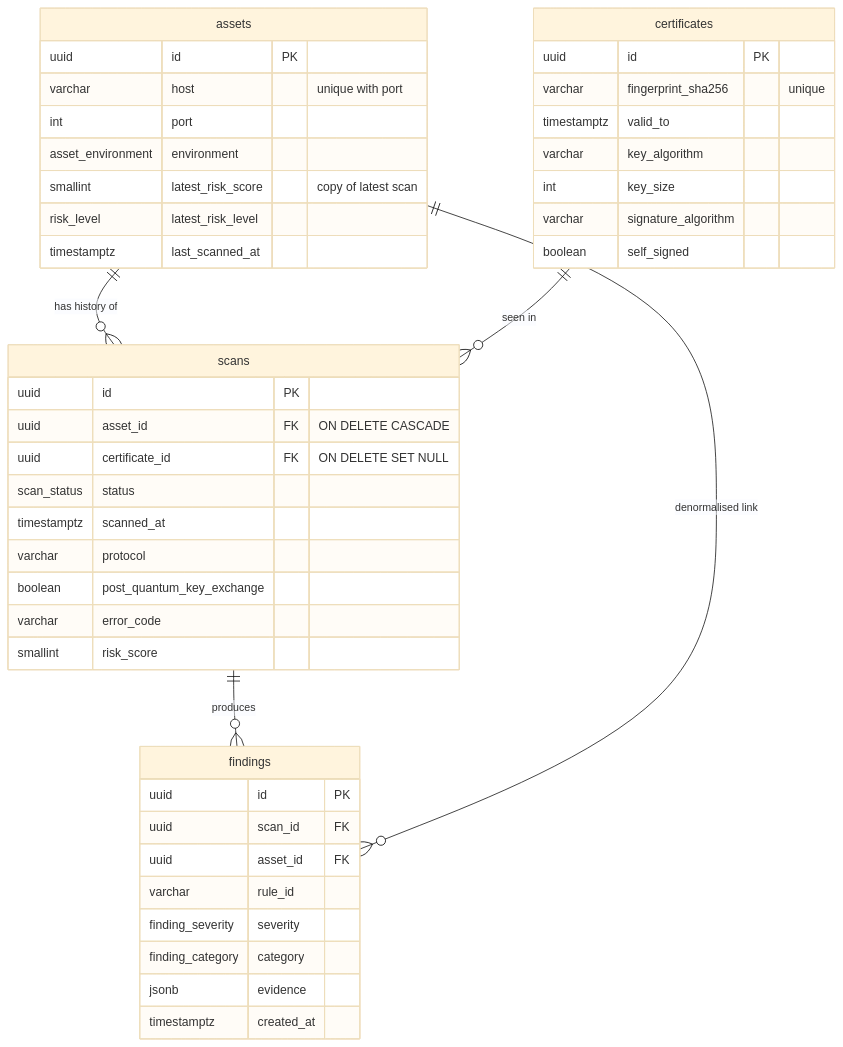
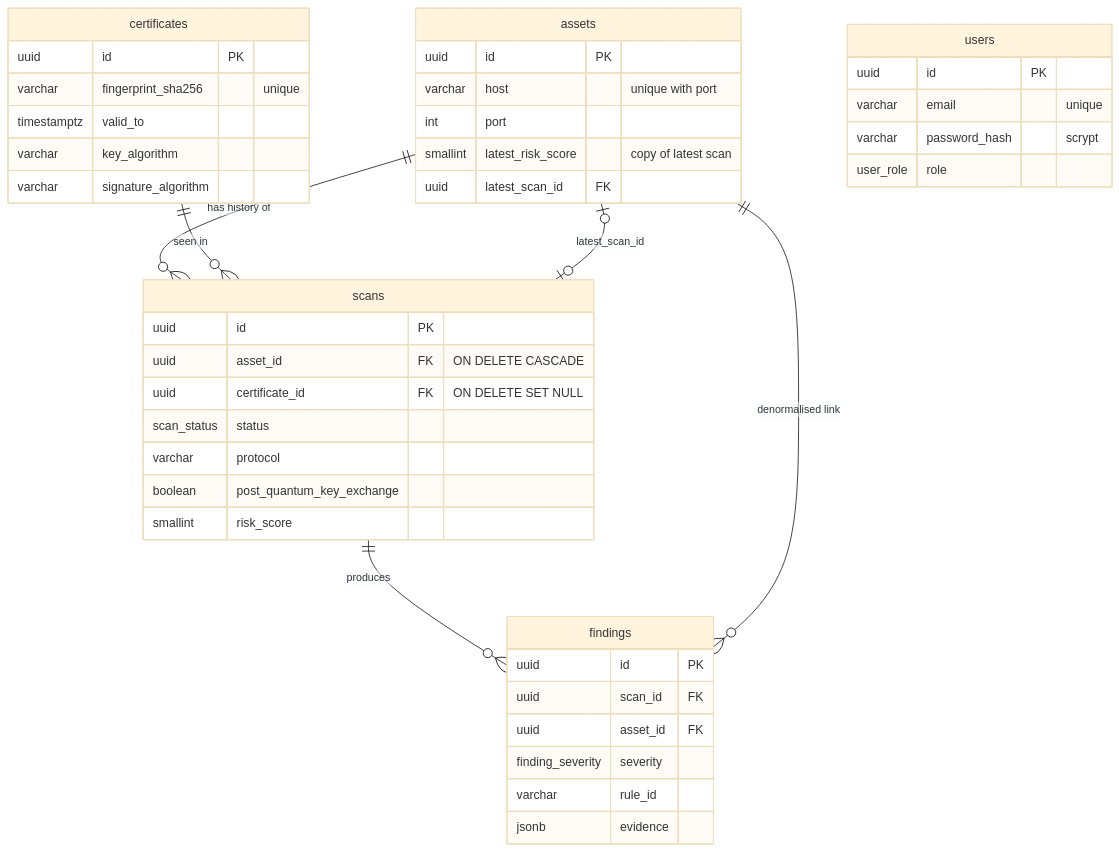
One commit to mnahsanofficial/CryptoScope changed the second of 2 diagrams in README.md. Above: the diagram before and after it, drawn with Mermaid (base theme). The commit also changed other lines of this file, not shown here.

First line of the commit message:
docs: rewrite README with architecture, quantum-safe context and full API

````diff
--- a/README.md
+++ b/README.md
@@ -141,47 +237,46 @@
 ```mermaid
 erDiagram
     assets ||--o{ scans : "has history of"
     certificates ||--o{ scans : "seen in"
     scans ||--o{ findings : produces
     assets ||--o{ findings : "denormalised link"
+    assets |o--o| scans : "latest_scan_id"
 
     assets {
         uuid id PK
         varchar host "unique with port"
         int port
-        asset_environment environment
         smallint latest_risk_score "copy of latest scan"
-        risk_level latest_risk_level
-        timestamptz last_scanned_at
+        uuid latest_scan_id FK
     }
     scans {
         uuid id PK
         uuid asset_id FK "ON DELETE CASCADE"
         uuid certificate_id FK "ON DELETE SET NULL"
         scan_status status
-        timestamptz scanned_at
         varchar protocol
         boolean post_quantum_key_exchange
-        varchar error_code
         smallint risk_score
     }
     certificates {
         uuid id PK
         varchar fingerprint_sha256 "unique"
         timestamptz valid_to
         varchar key_algorithm
-        int key_size
         varchar signature_algorithm
-        boolean self_signed
     }
     findings {
         uuid id PK
         uuid scan_id FK
         uuid asset_id FK
+        finding_severity severity
         varchar rule_id
-        finding_severity severity
-        finding_category category
         jsonb evidence
-        timestamptz created_at
+    }
+    users {
+        uuid id PK
+        varchar email "unique"
+        varchar password_hash "scrypt"
+        user_role role
     }
 ```
````
